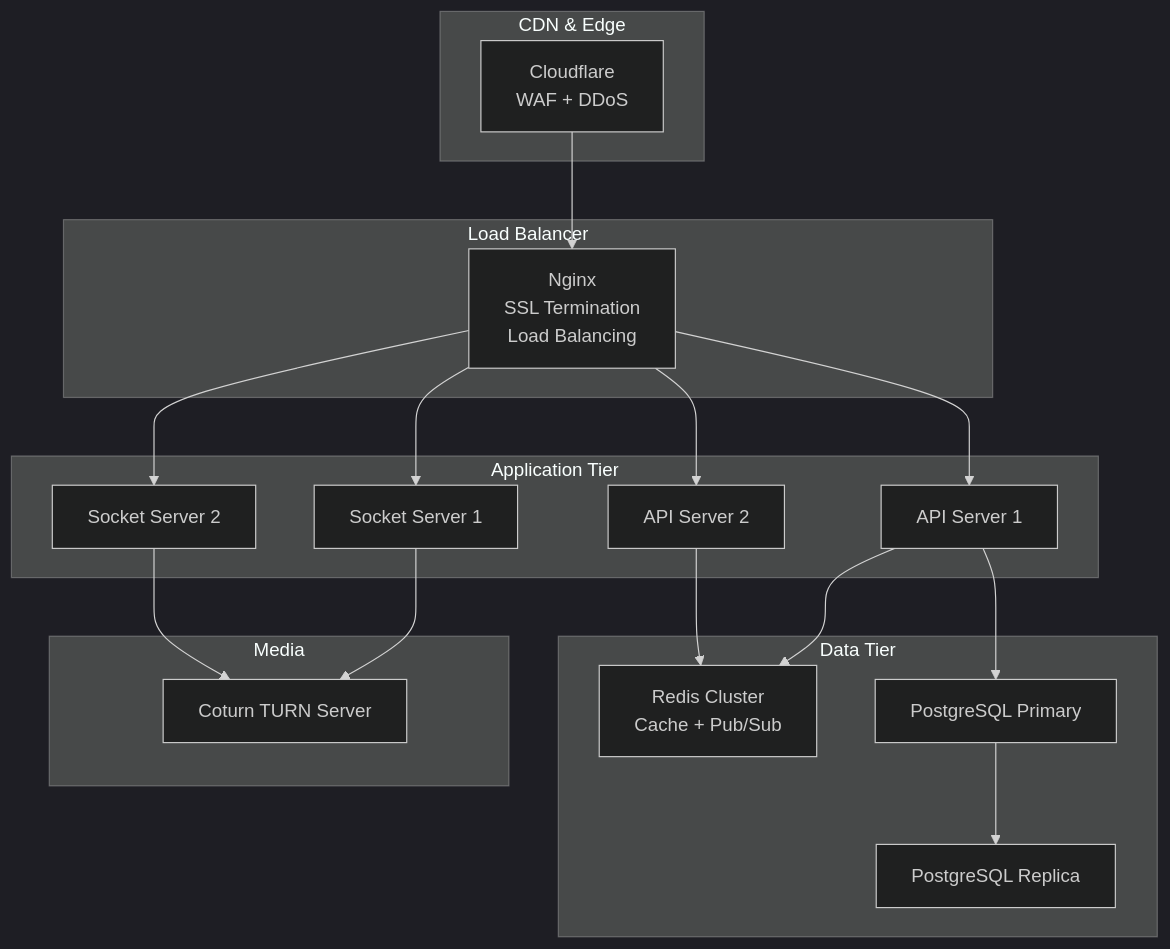
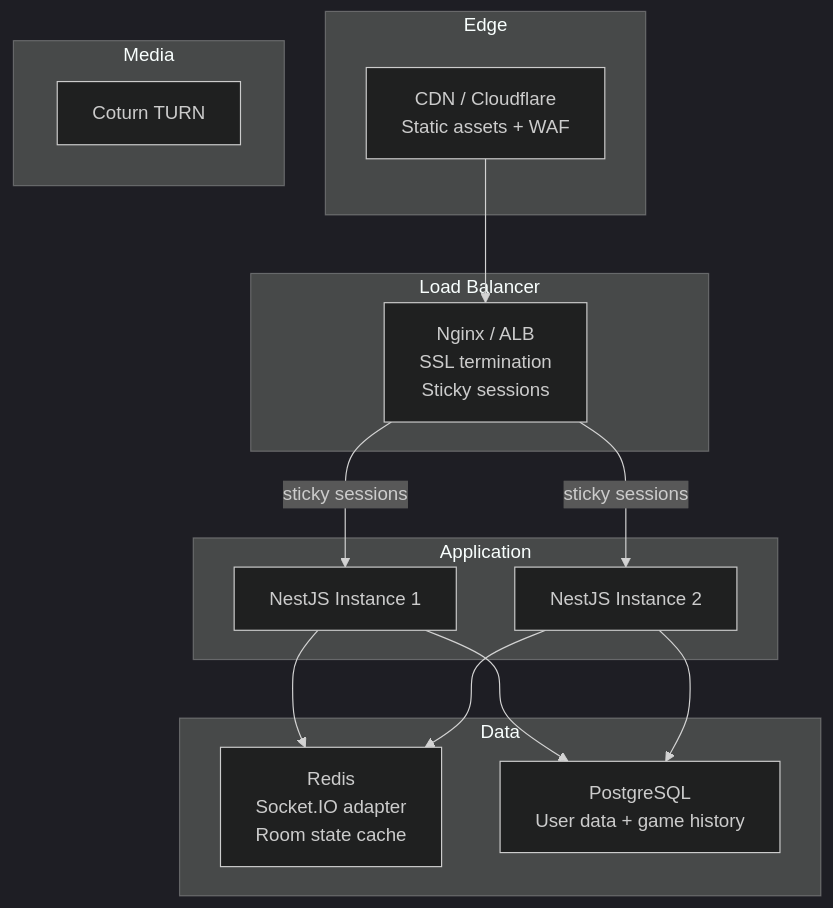
Diagram 11 of 11 in docs/technical-design/sweet-spicy-game/tdd.md (longuit2002-blip/spicy-sweet-game), drawn with Mermaid (dark theme) before and after one commit. The commit also changed other lines of this file and 165 other files, not shown here.

````diff
--- a/docs/technical-design/sweet-spicy-game/tdd.md
+++ b/docs/technical-design/sweet-spicy-game/tdd.md
@@ -1202,35 +893,29 @@
 ```mermaid
 graph TB
-    subgraph "CDN & Edge"
-        Cloudflare[Cloudflare<br/>WAF + DDoS]
+    subgraph "Edge"
+        CDN[CDN / Cloudflare<br/>Static assets + WAF]
     end
-    
+
     subgraph "Load Balancer"
-        Nginx[Nginx<br/>SSL Termination<br/>Load Balancing]
+        LB[Nginx / ALB<br/>SSL termination<br/>Sticky sessions]
     end
-    
-    subgraph "Application Tier"
-        API1[API Server 1]
-        API2[API Server 2]
-        Socket1[Socket Server 1]
-        Socket2[Socket Server 2]
+
+    subgraph "Application"
+        API1[NestJS Instance 1]
+        API2[NestJS Instance 2]
     end
-    
-    subgraph "Data Tier"
-        Redis[Redis Cluster<br/>Cache + Pub/Sub]
-        Postgres1[PostgreSQL Primary]
-        Postgres2[PostgreSQL Replica]
+
+    subgraph "Data"
+        Redis[Redis<br/>Socket.IO adapter<br/>Room state cache]
+        PG[PostgreSQL<br/>User data + game history]
     end
-    
+
     subgraph "Media"
-        Coturn[Coturn TURN Server]
+        Coturn[Coturn TURN]
     end
-    
-    Cloudflare --> Nginx
-    Nginx --> API1 & API2
-    Nginx --> Socket1 & Socket2
+
+    CDN --> LB
+    LB -->|sticky sessions| API1 & API2
     API1 & API2 --> Redis
-    API1 --> Postgres1
-    Postgres1 --> Postgres2
-    Socket1 & Socket2 --> Coturn
+    API1 & API2 --> PG
 ```
````
